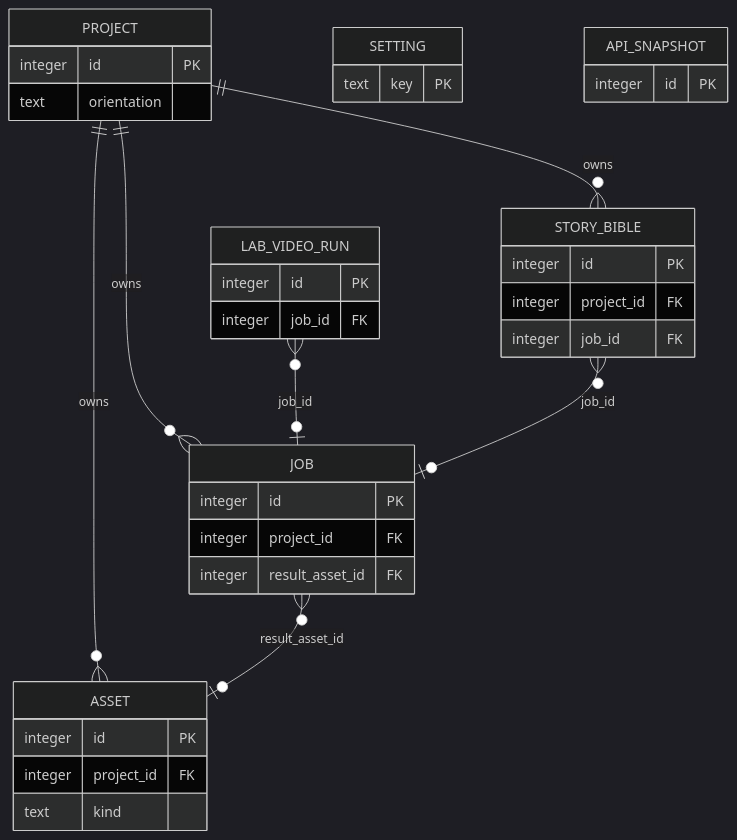
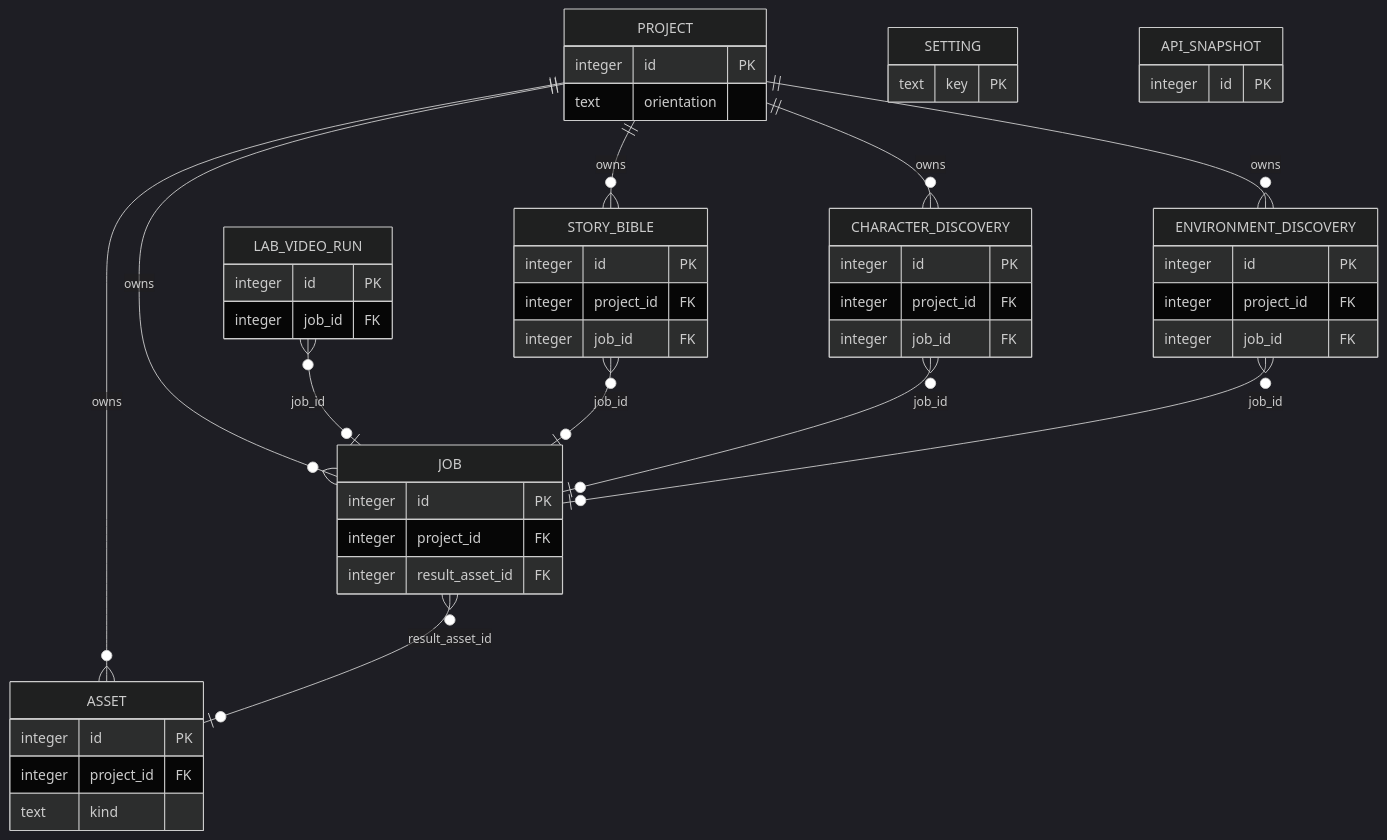
Before and after one commit to Joshi004/VisionStudio: the diagram in DATABASE_STRUCTURE.md, drawn with Mermaid (dark theme). The commit also changed other lines of this file and 22 other files, not shown here.

First line of the commit message:
Implement character and environment discovery stages (PHASE-005)

````diff
--- a/DATABASE_STRUCTURE.md
+++ b/DATABASE_STRUCTURE.md
@@ -125,39 +127,53 @@
 ```mermaid
 erDiagram
     PROJECT {
         integer id PK
         text orientation
     }
     ASSET {
         integer id PK
         integer project_id FK
         text kind
     }
     JOB {
         integer id PK
         integer project_id FK
         integer result_asset_id FK
     }
     SETTING {
         text key PK
     }
     API_SNAPSHOT {
         integer id PK
     }
     LAB_VIDEO_RUN {
         integer id PK
         integer job_id FK
     }
     STORY_BIBLE {
         integer id PK
         integer project_id FK
         integer job_id FK
     }
+    CHARACTER_DISCOVERY {
+        integer id PK
+        integer project_id FK
+        integer job_id FK
+    }
+    ENVIRONMENT_DISCOVERY {
+        integer id PK
+        integer project_id FK
+        integer job_id FK
+    }
 
     PROJECT ||--o{ ASSET         : "owns"
     PROJECT ||--o{ JOB           : "owns"
     PROJECT ||--o{ STORY_BIBLE   : "owns"
+    PROJECT ||--o{ CHARACTER_DISCOVERY   : "owns"
+    PROJECT ||--o{ ENVIRONMENT_DISCOVERY : "owns"
     JOB     }o--o| ASSET         : "result_asset_id"
     LAB_VIDEO_RUN }o--o| JOB     : "job_id"
     STORY_BIBLE }o--o| JOB       : "job_id"
+    CHARACTER_DISCOVERY   }o--o| JOB : "job_id"
+    ENVIRONMENT_DISCOVERY }o--o| JOB : "job_id"
 ```
````
